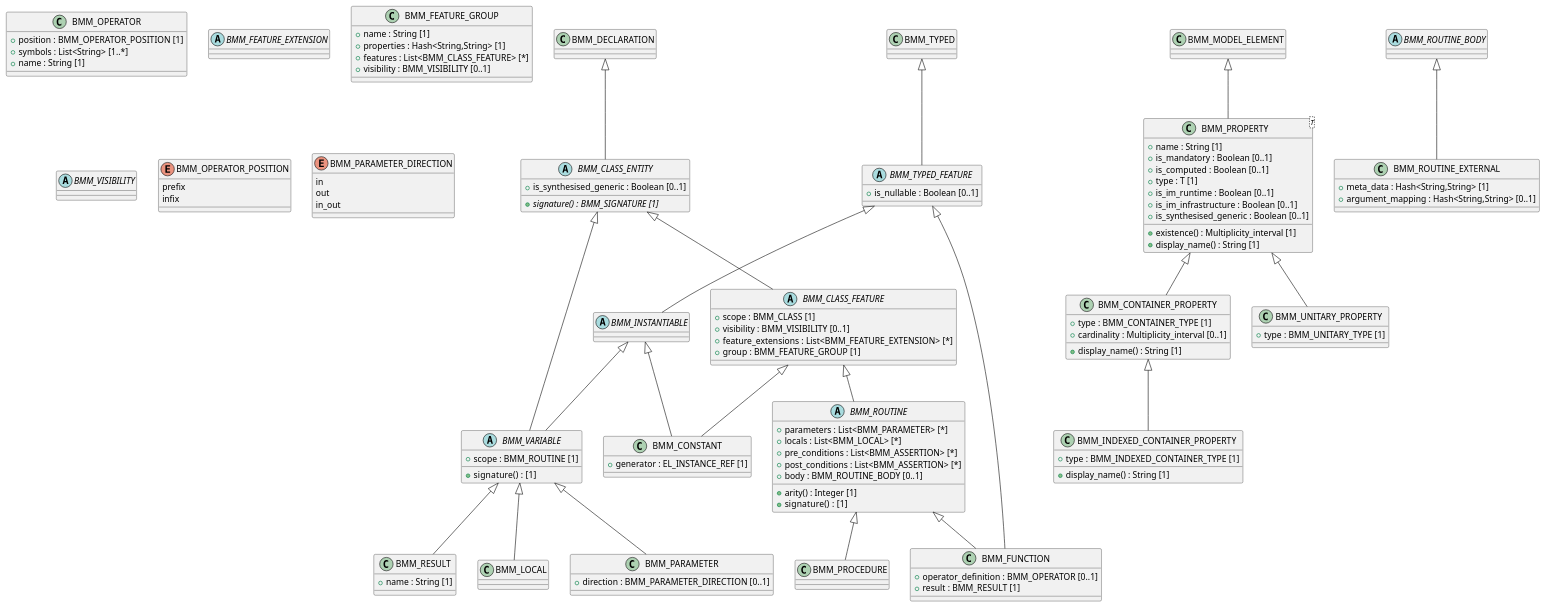
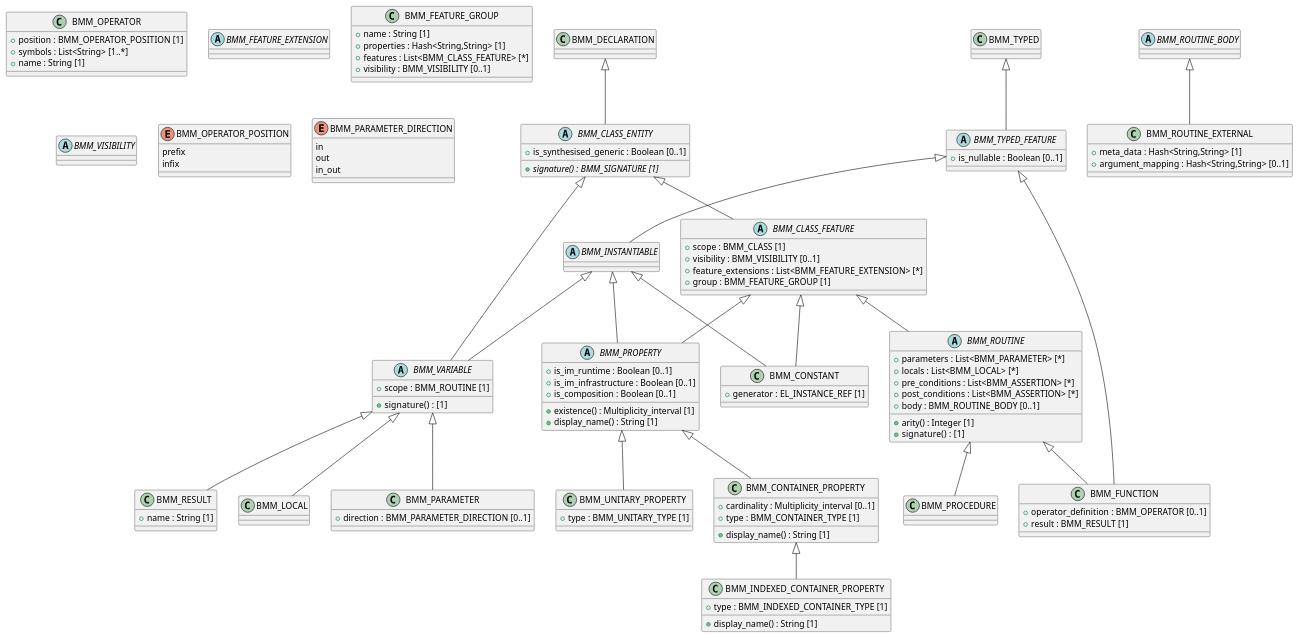
Before and after one commit to sebastian-iancu/code-generator: the diagram in code/Adoc/openehr_lang_1.0.0/plantUML/packages/org.openehr.lang.bmm.core.feature.adoc, drawn with PlantUML. The commit also changed 719 other files, not shown here.

```diff
--- a/code/Adoc/openehr_lang_1.0.0/plantUML/packages/org.openehr.lang.bmm.core.feature.adoc
+++ b/code/Adoc/openehr_lang_1.0.0/plantUML/packages/org.openehr.lang.bmm.core.feature.adoc
@@ -7,8 +7,8 @@
 }
 
 class BMM_CONTAINER_PROPERTY {
+  + cardinality : Multiplicity_interval [0..1]
   + type : BMM_CONTAINER_TYPE [1]
-  + cardinality : Multiplicity_interval [0..1]
   + display_name() : String [1]
 }
 
@@ -26,14 +26,10 @@
   + name : String [1]
 }
 
-class BMM_PROPERTY <T> {
-  + name : String [1]
-  + is_mandatory : Boolean [0..1]
-  + is_computed : Boolean [0..1]
-  + type : T [1]
+abstract class BMM_PROPERTY {
   + is_im_runtime : Boolean [0..1]
   + is_im_infrastructure : Boolean [0..1]
-  + is_synthesised_generic : Boolean [0..1]
+  + is_composition : Boolean [0..1]
   + existence() : Multiplicity_interval [1]
   + display_name() : String [1]
 }
@@ -130,7 +126,8 @@
 BMM_TYPED_FEATURE <|-- BMM_FUNCTION
 BMM_ROUTINE <|-- BMM_FUNCTION
 BMM_VARIABLE <|-- BMM_LOCAL
-BMM_MODEL_ELEMENT <|-- BMM_PROPERTY
+BMM_INSTANTIABLE <|-- BMM_PROPERTY
+BMM_CLASS_FEATURE <|-- BMM_PROPERTY
 BMM_CLASS_FEATURE <|-- BMM_ROUTINE
 BMM_VARIABLE <|-- BMM_PARAMETER
 BMM_INSTANTIABLE <|-- BMM_VARIABLE
```
